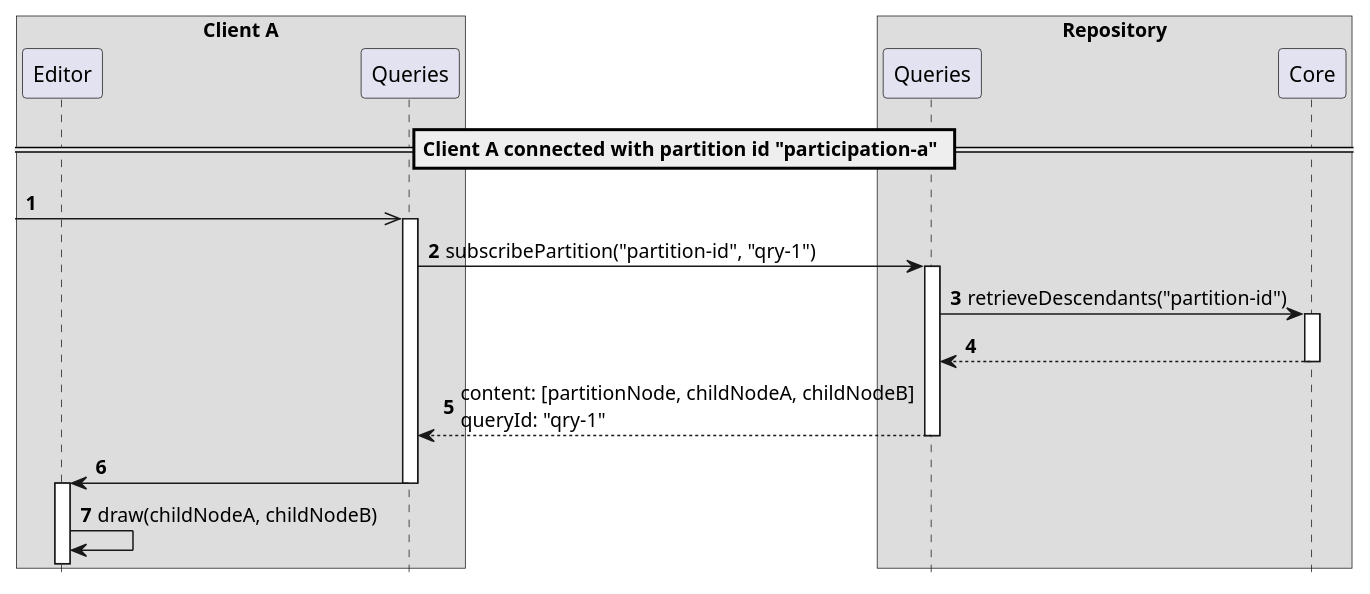
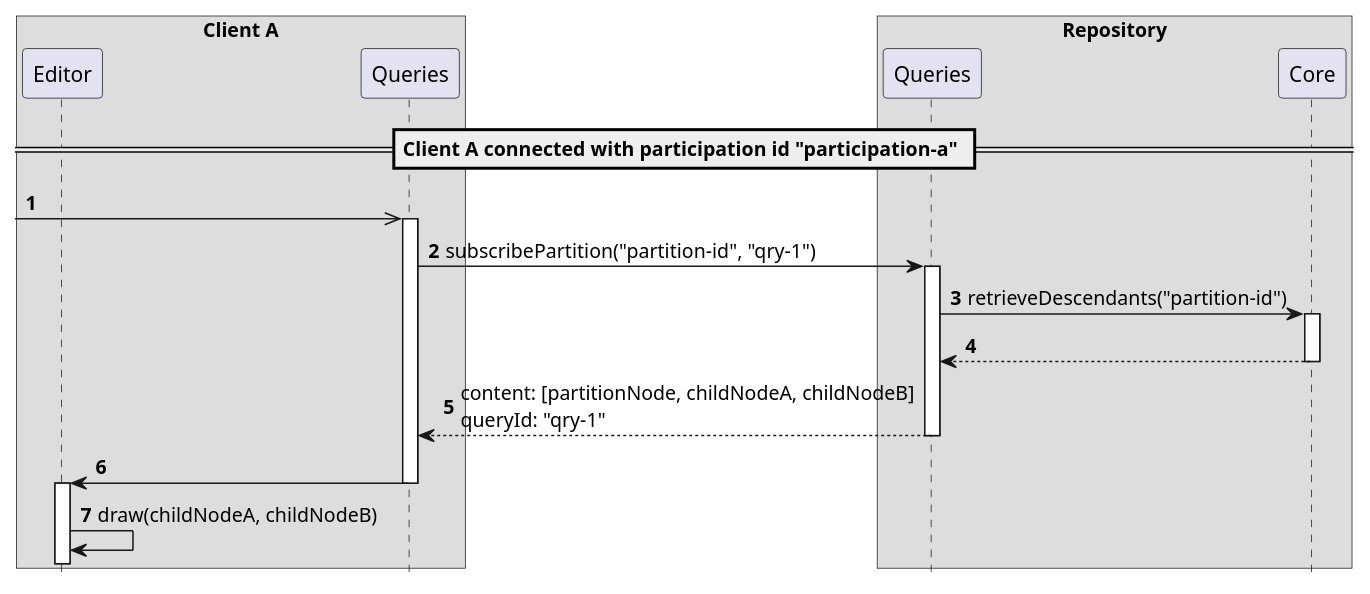
The diagram in delta/scenarios/reconnectKnownPartition.adoc (LionWeb-io/specification), drawn with PlantUML before and after one commit. The commit also changed 8 other files, not shown here.

```diff
--- a/delta/scenarios/reconnectKnownPartition.adoc
+++ b/delta/scenarios/reconnectKnownPartition.adoc
@@ -2,28 +2,28 @@
 [plantuml,reconnectKnownPartition,svg]
 ----
 hide footbox
 autonumber
 
 box "Client A"
   participant Editor as editor
   participant Queries as clientQuery
 end box
 
 box "Repository"
   participant Queries  as repoQuery
   participant Core as core
 end box
 
-== Client A connected with partition id "participation-a" ==
+== Client A connected with participation id "participation-a" ==
 
 [->> clientQuery
 activate clientQuery
 clientQuery -> repoQuery ++: subscribePartition("partition-id", "qry-1")
   repoQuery -> core ++: retrieveDescendants("partition-id")
   return
 return content: [partitionNode, childNodeA, childNodeB]\nqueryId: "qry-1"
 clientQuery -> editor
 deactivate clientQuery
 activate editor
 editor -> editor: draw(childNodeA, childNodeB)
 ----
```
